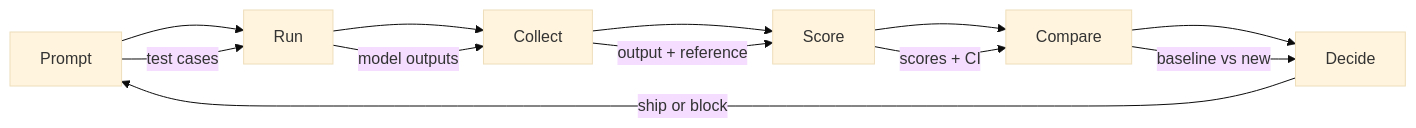
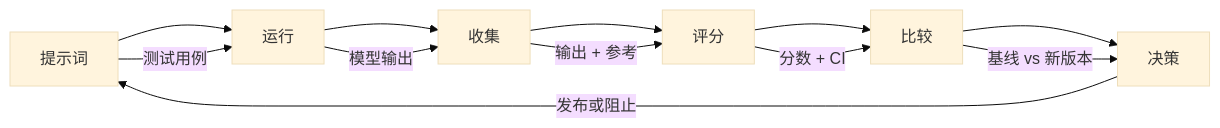
Before and after one commit to guangningsun/ailearning: the second of 2 diagrams in lessons/11-llm-engineering/10-evaluation/docs/zh.md, drawn with Mermaid (base theme). The commit also changed other lines of this file and 17 other files, not shown here.

````diff
--- a/lessons/11-llm-engineering/10-evaluation/docs/zh.md
+++ b/lessons/11-llm-engineering/10-evaluation/docs/zh.md
@@ -114,15 +114,15 @@
 ```mermaid
 flowchart LR
-    P[Prompt] --> R[Run]
-    R --> C[Collect]
-    C --> S[Score]
-    S --> CM[Compare]
-    CM --> D[Decide]
+    P[提示词] --> R[运行]
+    R --> C[收集]
+    C --> S[评分]
+    S --> CM[比较]
+    CM --> D[决策]
 
-    P -->|test cases| R
-    R -->|model outputs| C
-    C -->|output + reference| S
-    S -->|scores + CI| CM
-    CM -->|baseline vs new| D
-    D -->|ship or block| P
+    P -->|测试用例| R
+    R -->|模型输出| C
+    C -->|输出 + 参考| S
+    S -->|分数 + CI| CM
+    CM -->|基线 vs 新版本| D
+    D -->|发布或阻止| P
 ```
````
